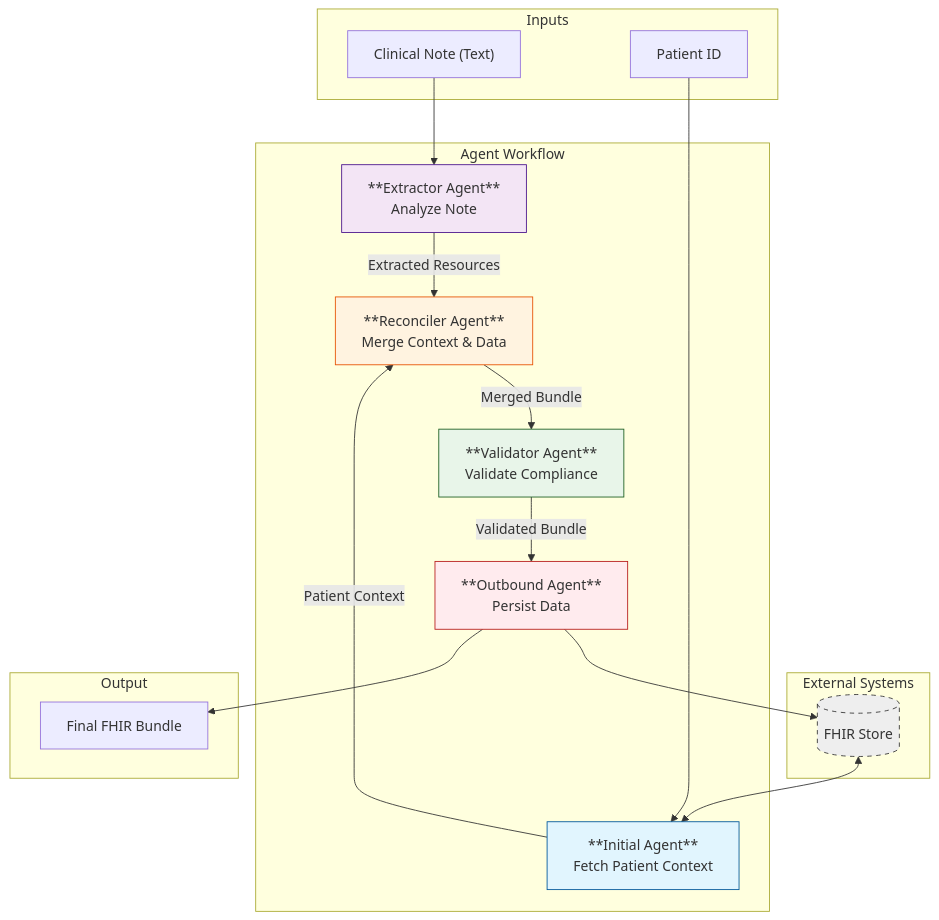
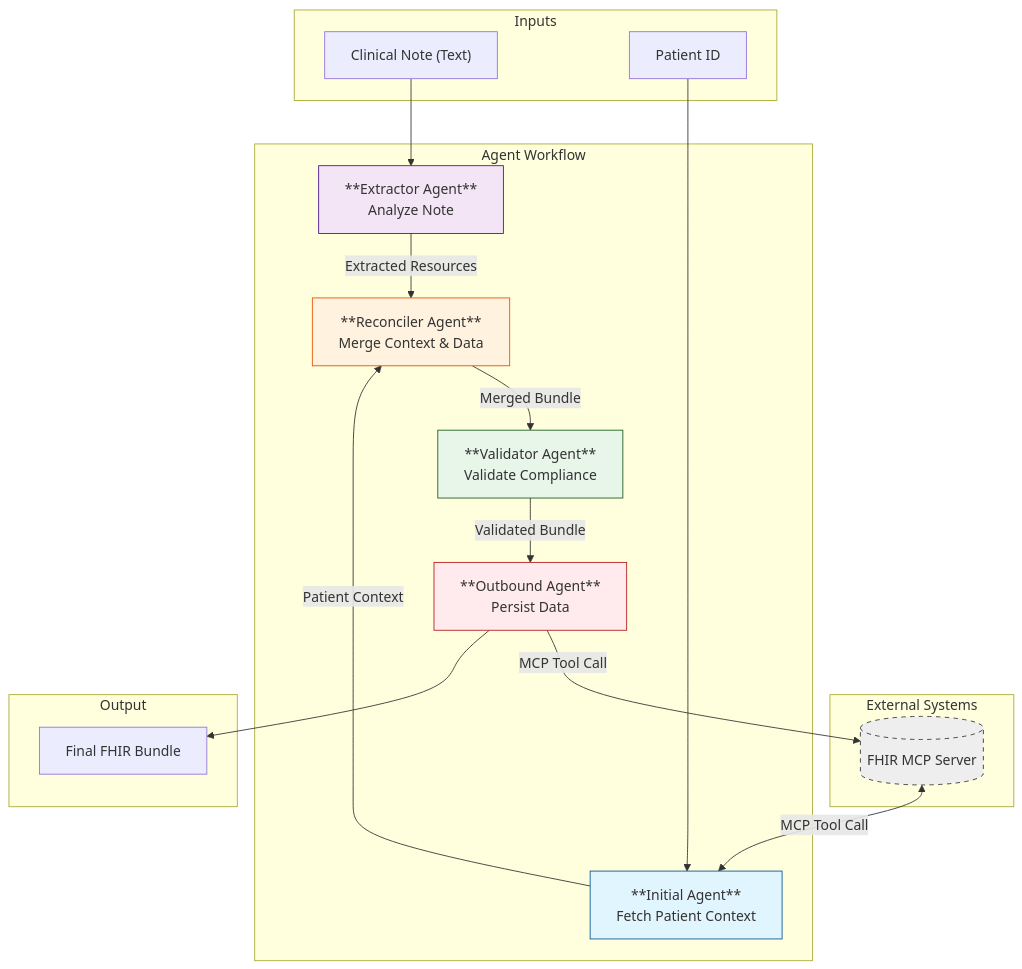
Before and after one commit to dhananjaydpatkar/emr-ai: the diagram in design.md, drawn with Mermaid. The commit also changed other lines of this file and 10 other files, not shown here.

Commit message:
Added FHIR MCP integration and future integration design elements

````diff
--- a/design.md
+++ b/design.md
@@ -7,45 +7,45 @@
 ```mermaid
 graph TD
     subgraph Inputs
         Note["Clinical Note (Text)"]
         PID["Patient ID"]
     end
 
     subgraph "External Systems"
-        FHIR_Server[("FHIR Store")]
+        MCP_Server[("FHIR MCP Server")]
     end
 
     subgraph "Agent Workflow"
         Initial[**Initial Agent**<br>Fetch Patient Context]
         Extractor[**Extractor Agent**<br>Analyze Note]
         Reconciler[**Reconciler Agent**<br>Merge Context & Data]
         Validator[**Validator Agent**<br>Validate Compliance]
         Outbound[**Outbound Agent**<br>Persist Data]
     end
 
     subgraph Output
         Bundle[Final FHIR Bundle]
     end
 
     %% Flow
     PID --> Initial
-    FHIR_Server <--> Initial
+    MCP_Server <-->|"MCP Tool Call"| Initial
     
     Initial -- "Patient Context" --> Reconciler
     Note --> Extractor
     Extractor -- "Extracted Resources" --> Reconciler
     
     Reconciler -- "Merged Bundle" --> Validator
     Validator -- "Validated Bundle" --> Outbound
     
-    Outbound --> FHIR_Server
+    Outbound -->|"MCP Tool Call"| MCP_Server
     Outbound --> Bundle
 
     %% Styling
     style Initial fill:#e1f5fe,stroke:#01579b
     style Extractor fill:#f3e5f5,stroke:#4a148c
     style Reconciler fill:#fff3e0,stroke:#e65100
     style Validator fill:#e8f5e9,stroke:#1b5e20
     style Outbound fill:#ffebee,stroke:#b71c1c
-    style FHIR_Server fill:#eee,stroke:#333,stroke-dasharray: 5 5
+    style MCP_Server fill:#eee,stroke:#333,stroke-dasharray: 5 5
 ```
````
